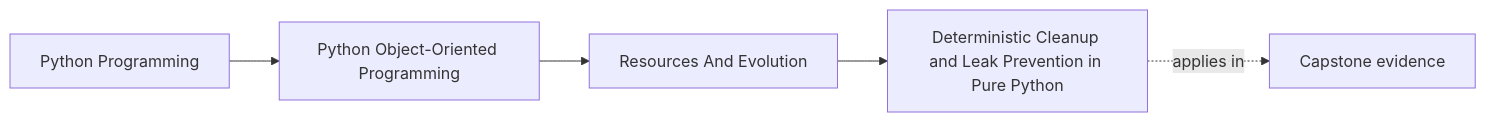
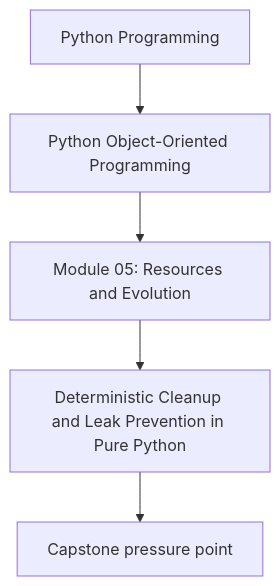
The first of 2 diagrams in programs/python-programming/python-object-oriented-programming/course-book/module-05-resources-and-evolution/deterministic-cleanup-and-leak-prevention.md (bijux/bijux-masterclass), drawn with Mermaid before and after one commit. The commit also changed other lines of this file and 107 other files, not shown here.

Commit message:
docs(python-object-oriented-programming): align concept page diagrams

````diff
--- a/programs/python-programming/python-object-oriented-programming/course-book/module-05-resources-and-evolution/deterministic-cleanup-and-leak-prevention.md
+++ b/programs/python-programming/python-object-oriented-programming/course-book/module-05-resources-and-evolution/deterministic-cleanup-and-leak-prevention.md
@@ -7,11 +7,7 @@
 ```mermaid
-graph LR
-  family["Python Programming"]
-  program["Python Object-Oriented Programming"]
-  section["Resources And Evolution"]
-  page["Deterministic Cleanup and Leak Prevention in Pure Python"]
-  capstone["Capstone evidence"]
-
-  family --> program --> section --> page
-  page -.applies in.-> capstone
+flowchart TD
+  family["Python Programming"] --> program["Python Object-Oriented Programming"]
+  program --> module["Module 05: Resources and Evolution"]
+  module --> concept["Deterministic Cleanup and Leak Prevention in Pure Python"]
+  concept --> capstone["Capstone pressure point"]
 ```
````
